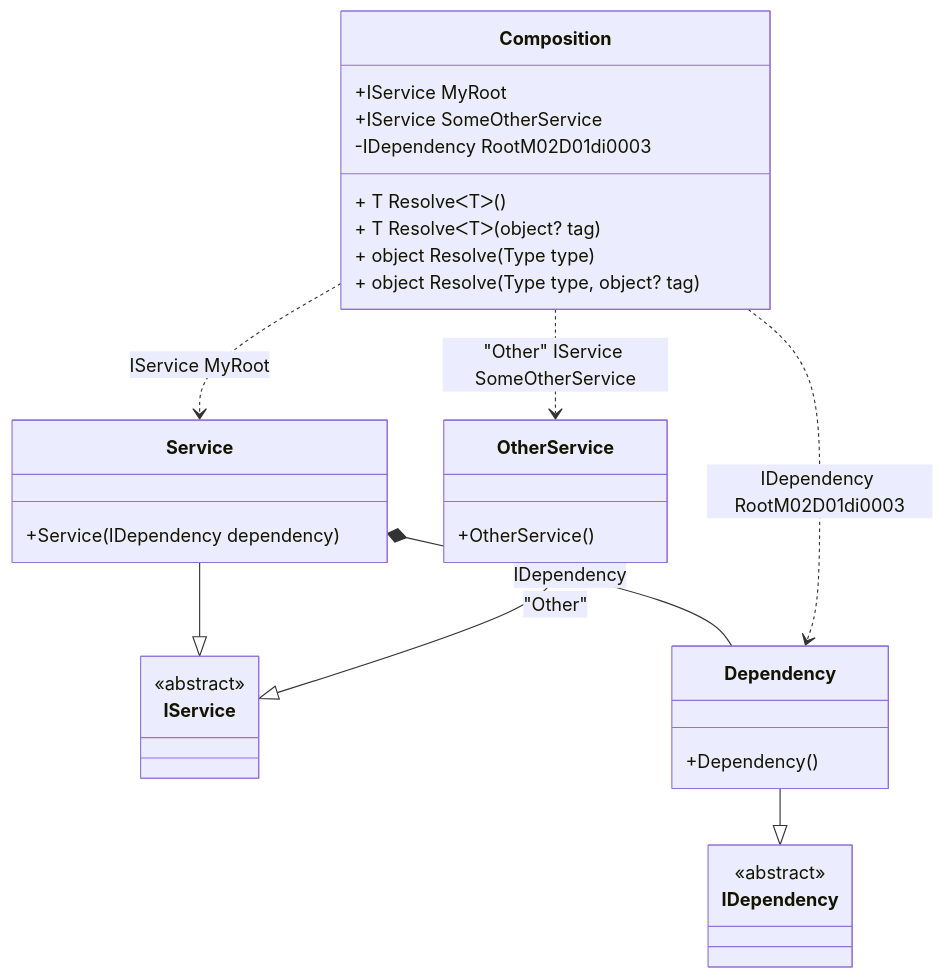
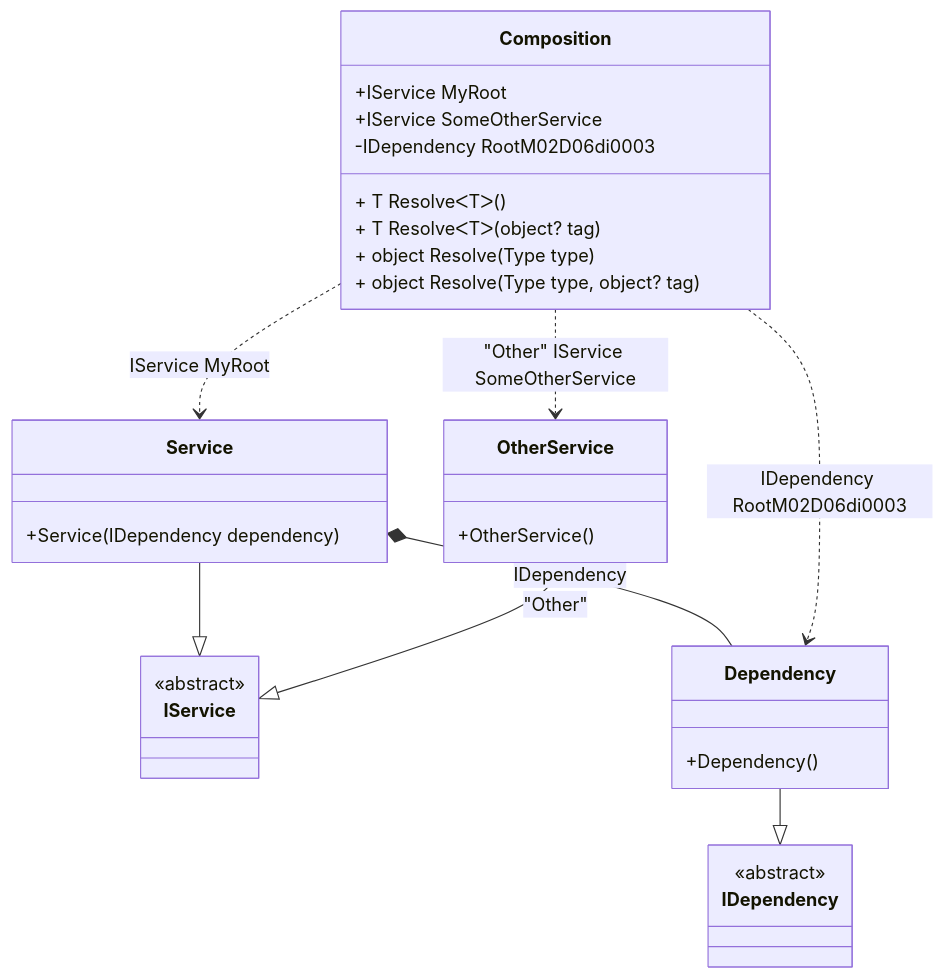
Before and after one commit to DevTeam/Pure.DI: the diagram in readme/composition-roots.md, drawn with Mermaid. The commit also changed other lines of this file and 78 other files, not shown here.

````diff
--- a/readme/composition-roots.md
+++ b/readme/composition-roots.md
@@ -66,34 +66,34 @@
 ```mermaid
 classDiagram
   class Composition {
     +IService MyRoot
     +IService SomeOtherService
-    -IDependency RootM02D01di0003
+    -IDependency RootM02D06di0003
     + T ResolveᐸTᐳ()
     + T ResolveᐸTᐳ(object? tag)
     + object Resolve(Type type)
     + object Resolve(Type type, object? tag)
   }
   Service --|> IService : 
   class Service {
     +Service(IDependency dependency)
   }
   OtherService --|> IService : "Other" 
   class OtherService {
     +OtherService()
   }
   Dependency --|> IDependency : 
   class Dependency {
     +Dependency()
   }
   class IService {
     <<abstract>>
   }
   class IDependency {
     <<abstract>>
   }
   Service *--  Dependency : IDependency
   Composition ..> Service : IService MyRoot
   Composition ..> OtherService : "Other" IService SomeOtherService
-  Composition ..> Dependency : IDependency RootM02D01di0003
+  Composition ..> Dependency : IDependency RootM02D06di0003
 ```
````
